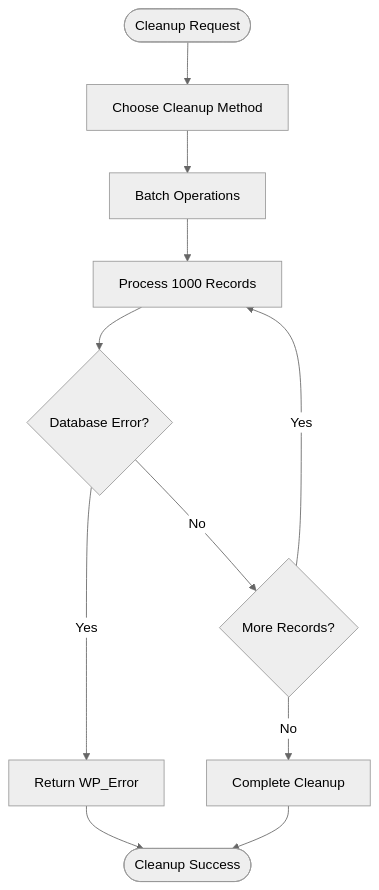
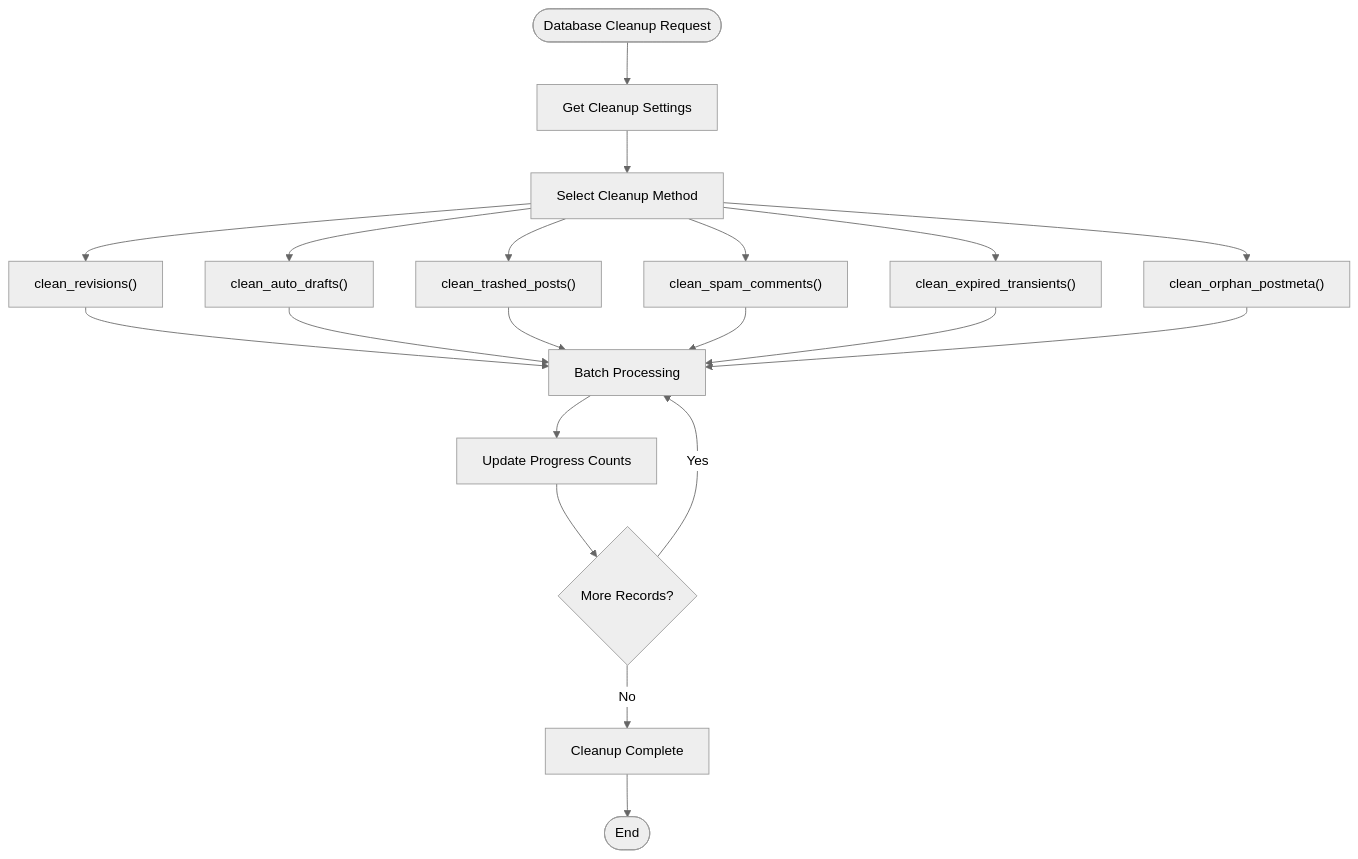
The seventh of 8 diagrams in .qoder/repowiki/en/content/Core Architecture/Service Layer Architecture/Service Layer Architecture.md (nilesh32236/performance-optimisation), drawn with Mermaid (neutral theme) before and after one commit. The commit also changed other lines of this file and 46 other files, not shown here.

````diff
--- a/.qoder/repowiki/en/content/Core Architecture/Service Layer Architecture/Service Layer Architecture.md
+++ b/.qoder/repowiki/en/content/Core Architecture/Service Layer Architecture/Service Layer Architecture.md
@@ -398,13 +380,22 @@
 ```mermaid
 flowchart TD
-Start([Cleanup Request]) --> ChooseMethod["Choose Cleanup Method"]
-ChooseMethod --> BatchOps["Batch Operations"]
-BatchOps --> ProcessBatch["Process 1000 Records"]
-ProcessBatch --> CheckError{"Database Error?"}
-CheckError --> |Yes| ReturnError["Return WP_Error"]
-CheckError --> |No| CheckMore{"More Records?"}
-CheckMore --> |Yes| ProcessBatch
-CheckMore --> |No| Complete["Complete Cleanup"]
-ReturnError --> End([Cleanup Failed])
-Complete --> End([Cleanup Success])
+Start([Database Cleanup Request]) --> GetSettings["Get Cleanup Settings"]
+GetSettings --> SelectMethod["Select Cleanup Method"]
+SelectMethod --> CleanRevisions["clean_revisions()"]
+SelectMethod --> CleanDrafts["clean_auto_drafts()"]
+SelectMethod --> CleanTrashed["clean_trashed_posts()"]
+SelectMethod --> CleanSpam["clean_spam_comments()"]
+SelectMethod --> CleanTransients["clean_expired_transients()"]
+SelectMethod --> CleanOrphan["clean_orphan_postmeta()"]
+CleanRevisions --> BatchProcess["Batch Processing"]
+CleanDrafts --> BatchProcess
+CleanTrashed --> BatchProcess
+CleanSpam --> BatchProcess
+CleanTransients --> BatchProcess
+CleanOrphan --> BatchProcess
+BatchProcess --> UpdateCounts["Update Progress Counts"]
+UpdateCounts --> CheckMore{"More Records?"}
+CheckMore --> |Yes| BatchProcess
+CheckMore --> |No| Complete["Cleanup Complete"]
+Complete --> End([End])
 ```
````
